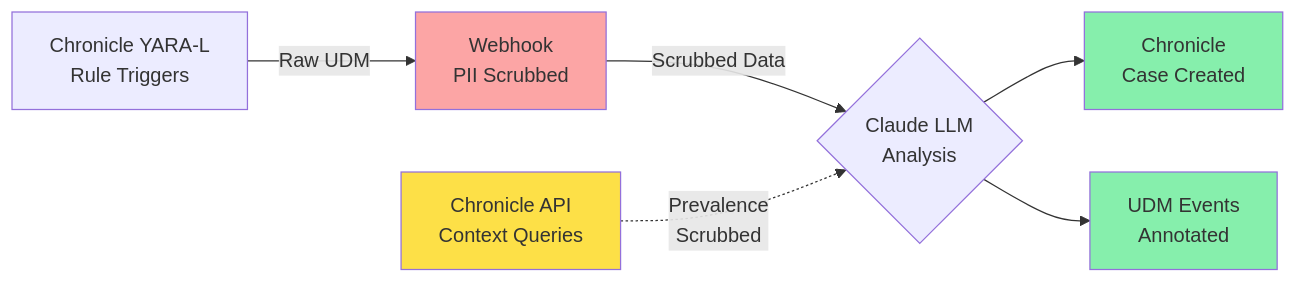
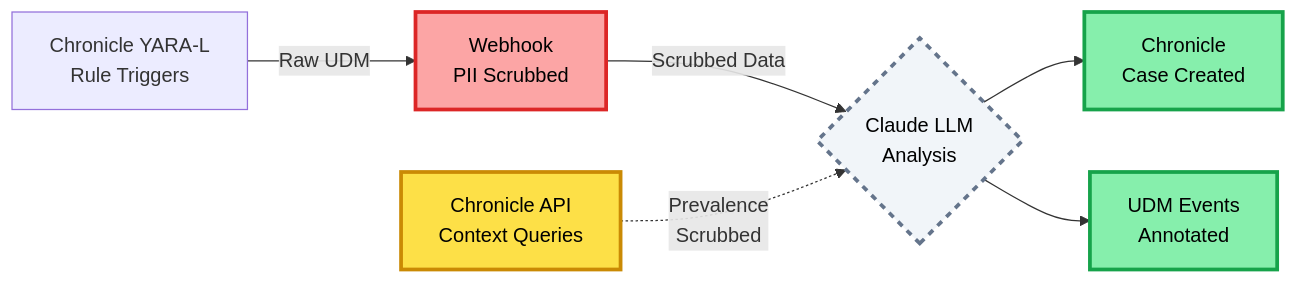
The second of 3 diagrams in README.md (mikewolf256/llm-soc-triage), drawn with Mermaid before and after one commit. The commit also changed 1 other file, not shown here.

Commit message:
fix: Improve Chronicle diagram readability with proper Sandwich Model color scheme
Add stroke colors and black text to all diagram elements for better contrast:
- Inbound Gate (RED): Dark red border (#dc2626)
- Execution Gate (YELLOW): Gold border (#ca8a04)
- Outbound Gate (GREEN): Dark green border (#16a34a)
- LLM (External): Gray dashed border (#64748b)
- All text: Black (#000) for readability on colored backgrounds

Applied to both README.md and docs/CHRONICLE_INTEGRATION.md diagrams.

````diff
--- a/README.md
+++ b/README.md
@@ -214,20 +214,21 @@
 ```mermaid
 flowchart LR
     YARA[Chronicle YARA-L<br/>Rule Triggers]
     Webhook[Webhook<br/>PII Scrubbed]
     Context[Chronicle API<br/>Context Queries]
     LLM{Claude LLM<br/>Analysis}
     Cases[Chronicle<br/>Case Created]
     Annot[UDM Events<br/>Annotated]
     
     YARA -->|Raw UDM| Webhook
     Webhook -->|Scrubbed Data| LLM
     Context -.->|Prevalence<br/>Scrubbed| LLM
     LLM --> Cases
     LLM --> Annot
     
-    style Webhook fill:#fca5a5
-    style Context fill:#fde047
-    style Cases fill:#86efac
-    style Annot fill:#86efac
+    style Webhook fill:#fca5a5,stroke:#dc2626,stroke-width:3px,color:#000
+    style Context fill:#fde047,stroke:#ca8a04,stroke-width:3px,color:#000
+    style Cases fill:#86efac,stroke:#16a34a,stroke-width:3px,color:#000
+    style Annot fill:#86efac,stroke:#16a34a,stroke-width:3px,color:#000
+    style LLM fill:#f1f5f9,stroke:#64748b,stroke-width:3px,stroke-dasharray:5 5,color:#000
 ```
````
